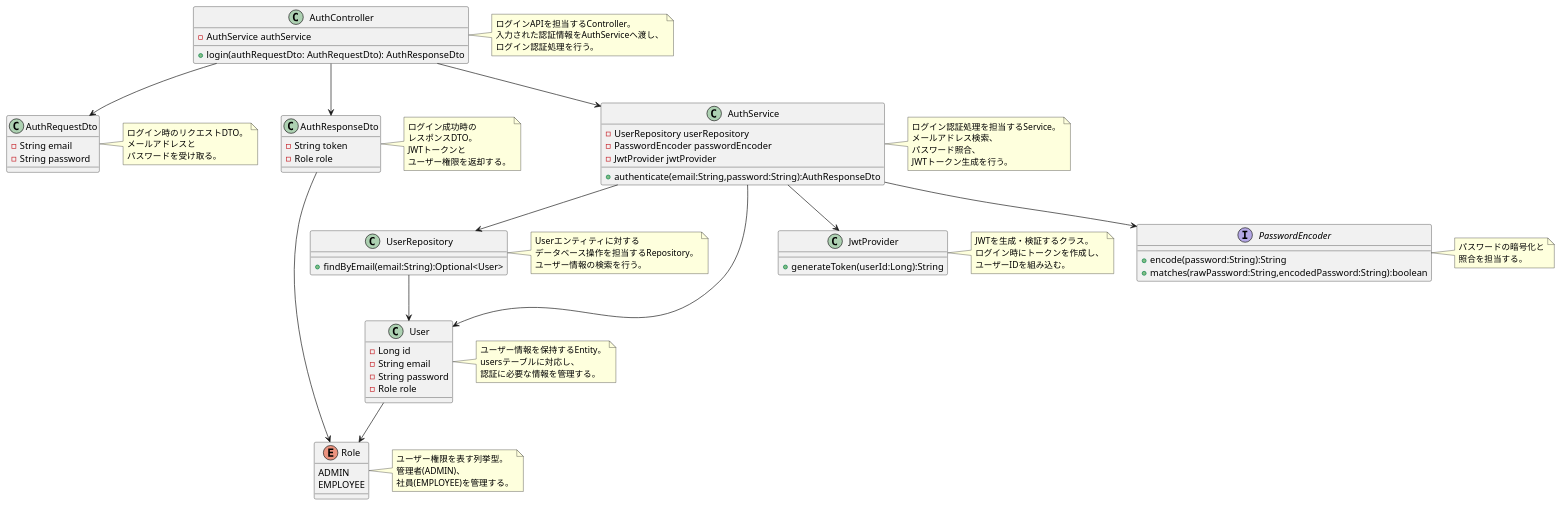
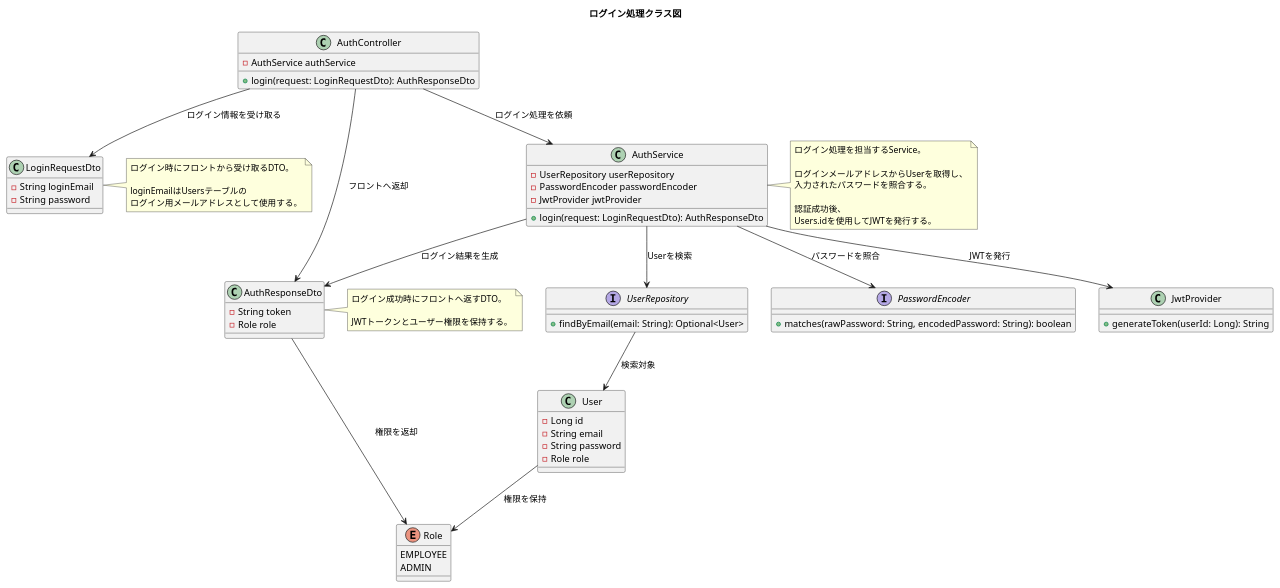
Before and after one commit to tettamasuyama/employee-management-system: the diagram in docs/class_diagram/クラス図_ログイン.puml, drawn with PlantUML. The commit also changed 8 other files, not shown here.

```diff
--- a/docs/class_diagram/クラス図_ログイン.puml
+++ b/docs/class_diagram/クラス図_ログイン.puml
@@ -1,119 +1,89 @@
 @startuml
+title ログイン処理クラス図
 
 class AuthController {
   - AuthService authService
-  + login(authRequestDto: AuthRequestDto): AuthResponseDto
+  + login(request: LoginRequestDto): AuthResponseDto
 }
 
-note right of AuthController
-ログインAPIを担当するController。
-入力された認証情報をAuthServiceへ渡し、
-ログイン認証処理を行う。
-end note
-
-class AuthRequestDto {
-  - String email
+class LoginRequestDto {
+  - String loginEmail
   - String password
 }
 
-note right of AuthRequestDto
-ログイン時のリクエストDTO。
-メールアドレスと
-パスワードを受け取る。
+note right of LoginRequestDto
+ログイン時にフロントから受け取るDTO。
+
+loginEmailはUsersテーブルの
+ログイン用メールアドレスとして使用する。
 end note
 
 class AuthResponseDto {
   - String token
   - Role role
 }
 
 note right of AuthResponseDto
-ログイン成功時の
-レスポンスDTO。
-JWTトークンと
-ユーザー権限を返却する。
+ログイン成功時にフロントへ返すDTO。
+
+JWTトークンとユーザー権限を保持する。
 end note
 
 class AuthService {
   - UserRepository userRepository
   - PasswordEncoder passwordEncoder
   - JwtProvider jwtProvider
 
-  + authenticate(email:String,password:String):AuthResponseDto
+  + login(request: LoginRequestDto): AuthResponseDto
 }
 
 note right of AuthService
-ログイン認証処理を担当するService。
-メールアドレス検索、
-パスワード照合、
-JWTトークン生成を行う。
+ログイン処理を担当するService。
+
+ログインメールアドレスからUserを取得し、
+入力されたパスワードを照合する。
+
+認証成功後、
+Users.idを使用してJWTを発行する。
 end note
 
-class UserRepository {
-  + findByEmail(email:String):Optional<User>
+interface UserRepository {
+  + findByEmail(email: String): Optional<User>
 }
-
-note right of UserRepository
-Userエンティティに対する
-データベース操作を担当するRepository。
-ユーザー情報の検索を行う。
-end note
 
 class User {
   - Long id
   - String email
   - String password
   - Role role
 }
 
-note right of User
-ユーザー情報を保持するEntity。
-usersテーブルに対応し、
-認証に必要な情報を管理する。
-end note
+interface PasswordEncoder {
+  + matches(rawPassword: String, encodedPassword: String): boolean
+}
 
 class JwtProvider {
-  + generateToken(userId:Long):String
+  + generateToken(userId: Long): String
 }
 
-note right of JwtProvider
-JWTを生成・検証するクラス。
-ログイン時にトークンを作成し、
-ユーザーIDを組み込む。
-end note
-
-interface PasswordEncoder {
-  + encode(password:String):String
-  + matches(rawPassword:String,encodedPassword:String):boolean
+enum Role {
+  EMPLOYEE
+  ADMIN
 }
 
-note right of PasswordEncoder
-パスワードの暗号化と
-照合を担当する。
-end note
+AuthController --> LoginRequestDto : ログイン情報を受け取る
+AuthController --> AuthService : ログイン処理を依頼
 
-enum Role {
-  ADMIN
-  EMPLOYEE
-}
+AuthService --> UserRepository : Userを検索
+UserRepository --> User : 検索対象
 
-note right of Role
-ユーザー権限を表す列挙型。
-管理者(ADMIN)、
-社員(EMPLOYEE)を管理する。
-end note
+AuthService --> PasswordEncoder : パスワードを照合
+AuthService --> JwtProvider : JWTを発行
 
-AuthController --> AuthService
-AuthController --> AuthRequestDto
-AuthController --> AuthResponseDto
+AuthService --> AuthResponseDto : ログイン結果を生成
+AuthController --> AuthResponseDto : フロントへ返却
 
-AuthService --> UserRepository
-AuthService --> PasswordEncoder
-AuthService --> JwtProvider
-AuthService --> User
-
-UserRepository --> User
-User --> Role
-AuthResponseDto --> Role
+User --> Role : 権限を保持
+AuthResponseDto --> Role : 権限を返却
 
 @enduml
```
